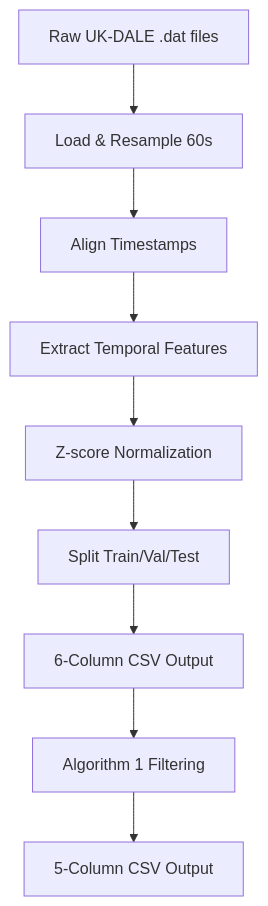
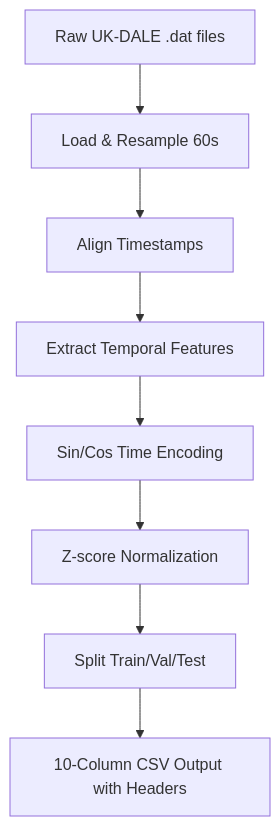
The diagram in preprocessing/multivariate_ukdale_preprocess_command.md (rtie2002/DiffusionModel_NILM), drawn with Mermaid before and after one commit. The commit also changed other lines of this file and 5 other files, not shown here.

````diff
--- a/preprocessing/multivariate_ukdale_preprocess_command.md
+++ b/preprocessing/multivariate_ukdale_preprocess_command.md
@@ -27,11 +27,10 @@
 ```mermaid
 graph TD
     A[Raw UK-DALE .dat files] --> B[Load & Resample 60s]
     B --> C[Align Timestamps]
     C --> D[Extract Temporal Features]
-    D --> E[Z-score Normalization]
-    E --> F[Split Train/Val/Test]
-    F --> G[6-Column CSV Output]
-    G --> H[Algorithm 1 Filtering]
-    H --> I[5-Column CSV Output]
+    D --> E[Sin/Cos Time Encoding]
+    E --> F[Z-score Normalization]
+    F --> G[Split Train/Val/Test]
+    G --> H[10-Column CSV Output with Headers]
 ```
````
